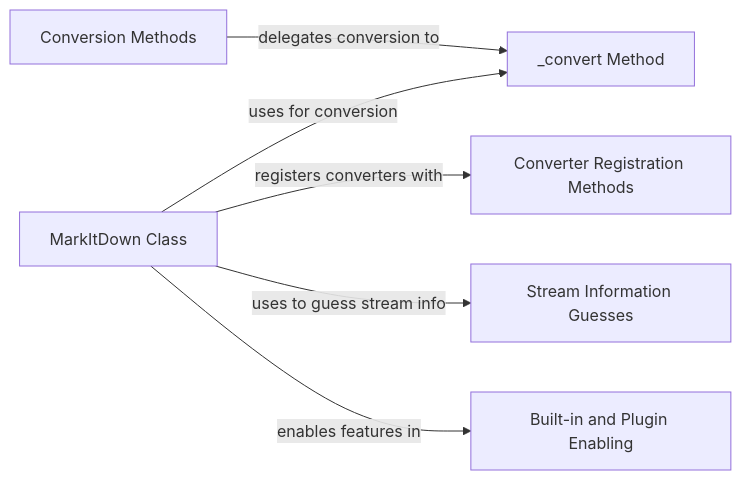
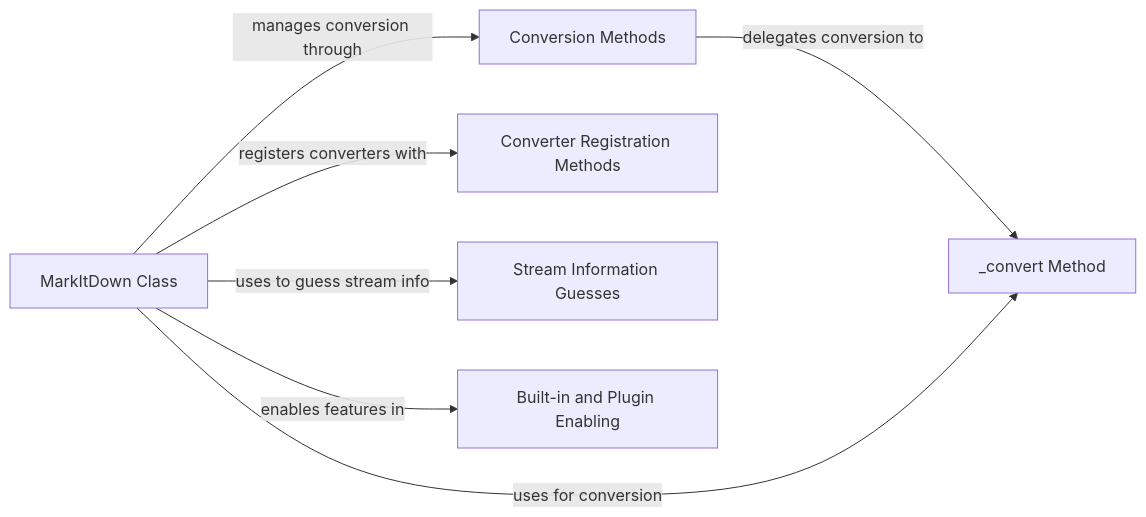
One commit to CodeBoarding/GeneratedOnBoardings changed the diagram in markitdown/Core Conversion Manager.md. Above: the diagram before and after it, drawn with Mermaid. The commit also changed other lines of this file and 10 other files, not shown here.

````diff
--- a/markitdown/Core Conversion Manager.md
+++ b/markitdown/Core Conversion Manager.md
@@ -1,14 +1,15 @@
 ```mermaid
 graph LR
     MarkItDown_Class["MarkItDown Class"]
     Conversion_Methods["Conversion Methods"]
     _convert_Method["_convert Method"]
     Converter_Registration_Methods["Converter Registration Methods"]
     Stream_Information_Guesses["Stream Information Guesses"]
     Built_in_and_Plugin_Enabling["Built-in and Plugin Enabling"]
     Conversion_Methods -- "delegates conversion to" --> _convert_Method
     MarkItDown_Class -- "uses for conversion" --> _convert_Method
     MarkItDown_Class -- "registers converters with" --> Converter_Registration_Methods
     MarkItDown_Class -- "uses to guess stream info" --> Stream_Information_Guesses
     MarkItDown_Class -- "enables features in" --> Built_in_and_Plugin_Enabling
+    MarkItDown_Class -- "manages conversion through" --> Conversion_Methods
 ```
````
